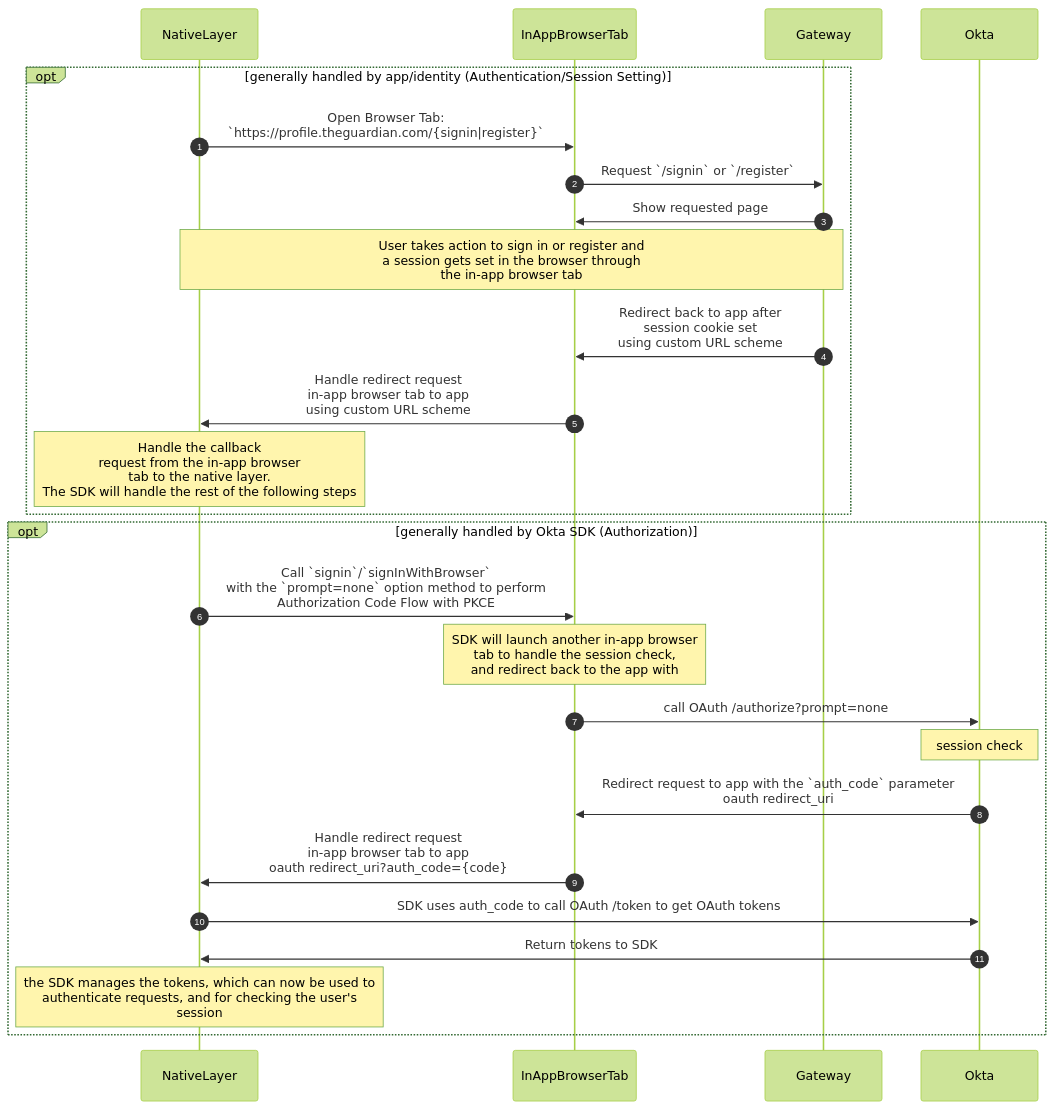
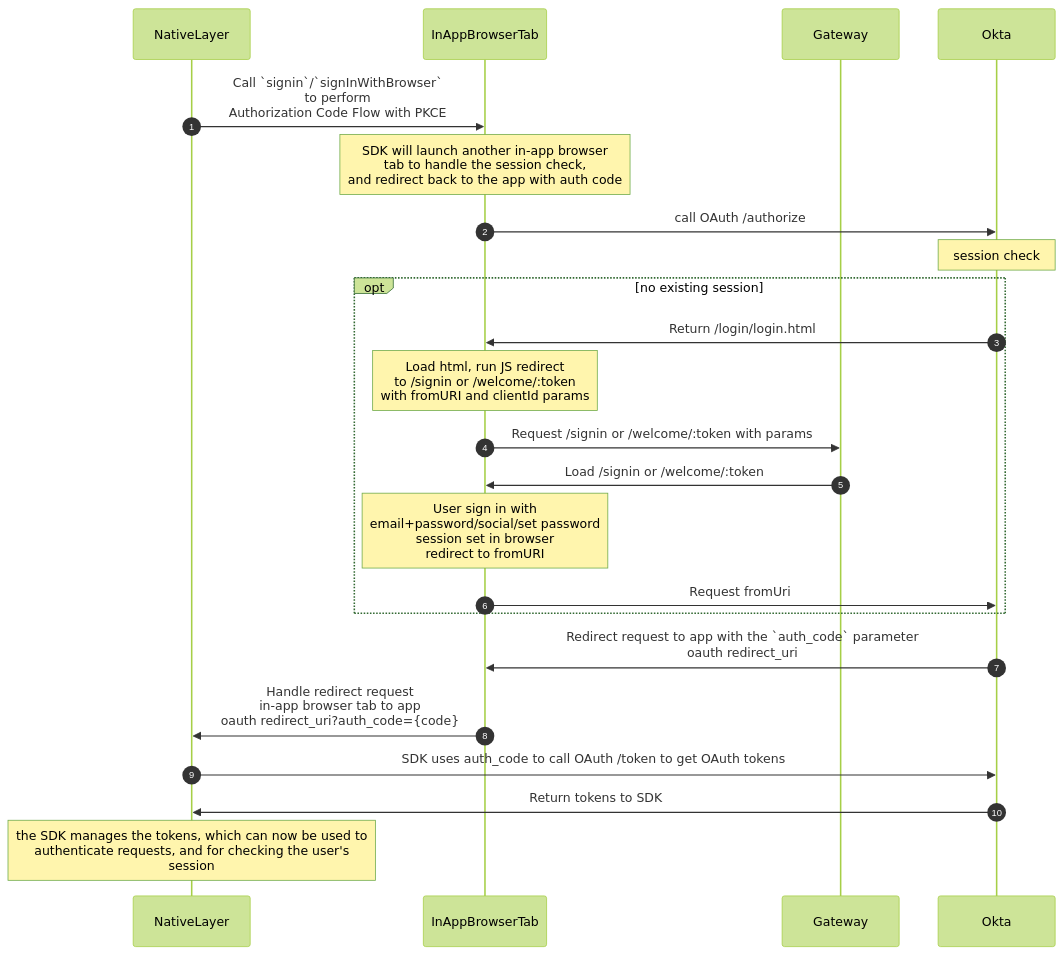
Before and after one commit to guardian/gateway: the first of 3 diagrams in docs/okta/native-apps-integration-guide.md, drawn with Mermaid (forest theme). The commit also changed other lines of this file and 5 other files, not shown here.

````diff
--- a/docs/okta/native-apps-integration-guide.md
+++ b/docs/okta/native-apps-integration-guide.md
@@ -13,29 +54,27 @@
 ```mermaid
 sequenceDiagram
 autonumber
-  participant NativeLayer
-  participant InAppBrowserTab
-  participant Gateway
-  participant Okta
 
-  opt generally handled by app/identity (Authentication/Session Setting)
-    NativeLayer->>InAppBrowserTab: Open Browser Tab:<br/>`https://profile.theguardian.com/{signin|register}`
-    InAppBrowserTab->>Gateway: Request `/signin` or `/register`
-    Gateway->>InAppBrowserTab: Show requested page
-    note over NativeLayer,Gateway: User takes action to sign in or register and<br/>a session gets set in the browser through<br/>the in-app browser tab
-    Gateway->>InAppBrowserTab: Redirect back to app after<br/>session cookie set <br/>using custom URL scheme
-    InAppBrowserTab->>NativeLayer: Handle redirect request<br/>in-app browser tab to app<br/>using custom URL scheme
-    note over NativeLayer: Handle the callback<br/>request from the in-app browser<br/>tab to the native layer.<br/>The SDK will handle the rest of the following steps
-  end
-  opt generally handled by Okta SDK (Authorization)
-    NativeLayer->>InAppBrowserTab: Call `signin`/`signInWithBrowser`<br/>with the `prompt=none` option method to perform<br />Authorization Code Flow with PKCE
-    note over InAppBrowserTab: SDK will launch another in-app browser<br/>tab to handle the session check,<br/> and redirect back to the app with
-    InAppBrowserTab->>Okta: call OAuth /authorize?prompt=none
-    note over Okta: session check
-    Okta->>InAppBrowserTab: Redirect request to app with the `auth_code` parameter<br/>oauth redirect_uri
-    InAppBrowserTab->>NativeLayer: Handle redirect request<br/>in-app browser tab to app<br/>oauth redirect_uri?auth_code={code}
-    NativeLayer->>Okta: SDK uses auth_code to call OAuth /token to get OAuth tokens
-    Okta->>NativeLayer: Return tokens to SDK
-    note over NativeLayer: the SDK manages the tokens, which can now be used to<br/>authenticate requests, and for checking the user's<br/>session
-  end
+participant NativeLayer
+participant InAppBrowserTab
+participant Gateway
+participant Okta
+
+NativeLayer->>InAppBrowserTab: Call `signin`/`signInWithBrowser`<br/>to perform<br />Authorization Code Flow with PKCE
+note over InAppBrowserTab: SDK will launch another in-app browser<br/>tab to handle the session check,<br/> and redirect back to the app with auth code
+InAppBrowserTab->>Okta: call OAuth /authorize
+note over Okta: session check
+opt no existing session
+  Okta->>InAppBrowserTab: Return /login/login.html
+  note over InAppBrowserTab: Load html, run JS redirect<br> to /signin or /welcome/:token<br> with fromURI and clientId params
+  InAppBrowserTab->>Gateway: Request /signin or /welcome/:token with params
+  Gateway->>InAppBrowserTab: Load /signin or /welcome/:token
+  note over InAppBrowserTab: User sign in with<br>email+password/social/set password<br>session set in browser<br>redirect to fromURI
+  InAppBrowserTab->>Okta: Request fromUri
+end
+Okta->>InAppBrowserTab: Redirect request to app with the `auth_code` parameter<br/>oauth redirect_uri
+InAppBrowserTab->>NativeLayer: Handle redirect request<br/>in-app browser tab to app<br/>oauth redirect_uri?auth_code={code}
+NativeLayer->>Okta: SDK uses auth_code to call OAuth /token to get OAuth tokens
+Okta->>NativeLayer: Return tokens to SDK
+note over NativeLayer: the SDK manages the tokens, which can now be used to<br/>authenticate requests, and for checking the user's<br/>session
 ```
````
